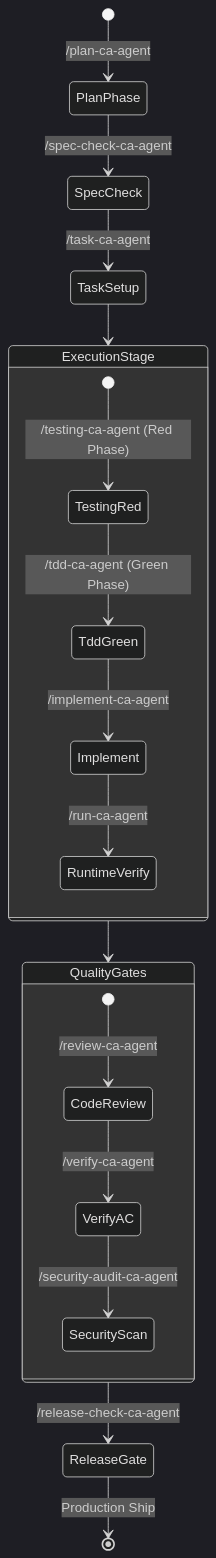
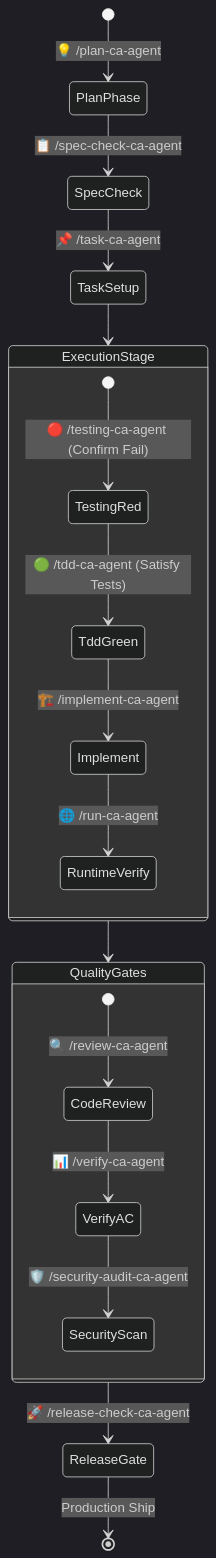
One commit to rmsofficialsyt/Agentic-AI-Vibe-Coding-AND-SDD-TDD-Codebase-Chandan-Adhikary changed the fifth of 6 diagrams in README.md. Above: the diagram before and after it, drawn with Mermaid (dark theme). The commit also changed other lines of this file and 23 other files, not shown here.

Commit message:
docs: redesign diagrams to Eraser.io visual style and regenerate MANIFEST.json

````diff
--- a/README.md
+++ b/README.md
@@ -214,25 +235,25 @@
 ```mermaid
 stateDiagram-v2
-    [*] --> PlanPhase: /plan-ca-agent
-    PlanPhase --> SpecCheck: /spec-check-ca-agent
-    SpecCheck --> TaskSetup: /task-ca-agent
+    [*] --> PlanPhase: 💡 /plan-ca-agent
+    PlanPhase --> SpecCheck: 📋 /spec-check-ca-agent
+    SpecCheck --> TaskSetup: 📌 /task-ca-agent
     
     state ExecutionStage {
-        [*] --> TestingRed: /testing-ca-agent (Red Phase)
-        TestingRed --> TddGreen: /tdd-ca-agent (Green Phase)
-        TddGreen --> Implement: /implement-ca-agent
-        Implement --> RuntimeVerify: /run-ca-agent
+        [*] --> TestingRed: 🔴 /testing-ca-agent (Confirm Fail)
+        TestingRed --> TddGreen: 🟢 /tdd-ca-agent (Satisfy Tests)
+        TddGreen --> Implement: 🏗️ /implement-ca-agent
+        Implement --> RuntimeVerify: 🌐 /run-ca-agent
     }
 
     TaskSetup --> ExecutionStage
     
     state QualityGates {
-        [*] --> CodeReview: /review-ca-agent
-        CodeReview --> VerifyAC: /verify-ca-agent
-        VerifyAC --> SecurityScan: /security-audit-ca-agent
+        [*] --> CodeReview: 🔍 /review-ca-agent
+        CodeReview --> VerifyAC: 📊 /verify-ca-agent
+        VerifyAC --> SecurityScan: 🛡️ /security-audit-ca-agent
     }
 
     ExecutionStage --> QualityGates
-    QualityGates --> ReleaseGate: /release-check-ca-agent
+    QualityGates --> ReleaseGate: 🚀 /release-check-ca-agent
     ReleaseGate --> [*]: Production Ship
 ```
````
